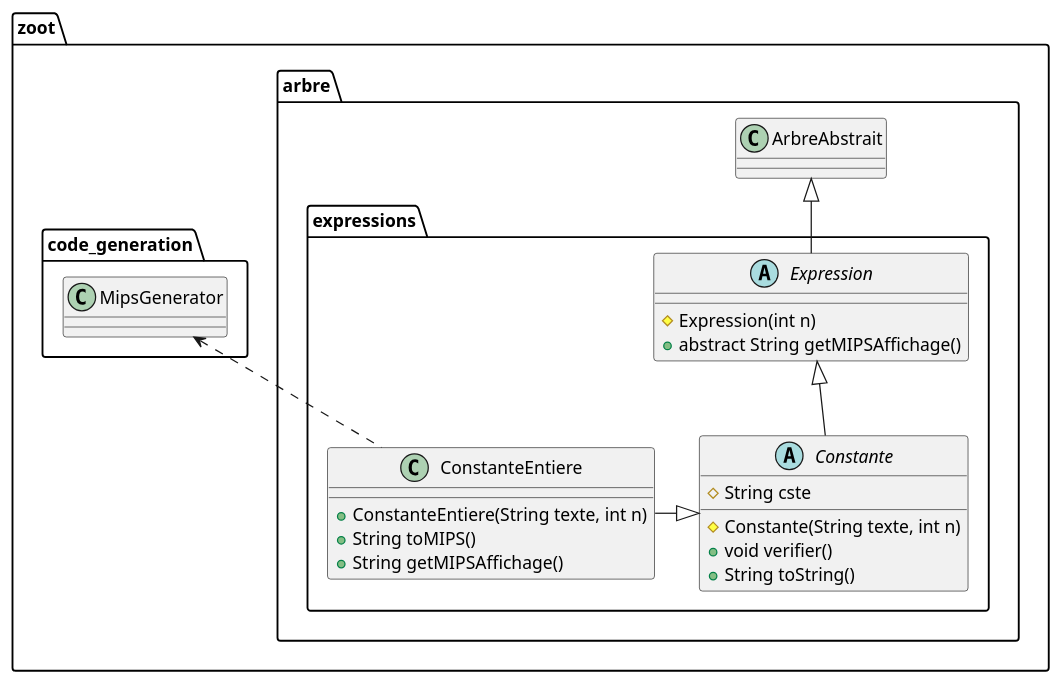
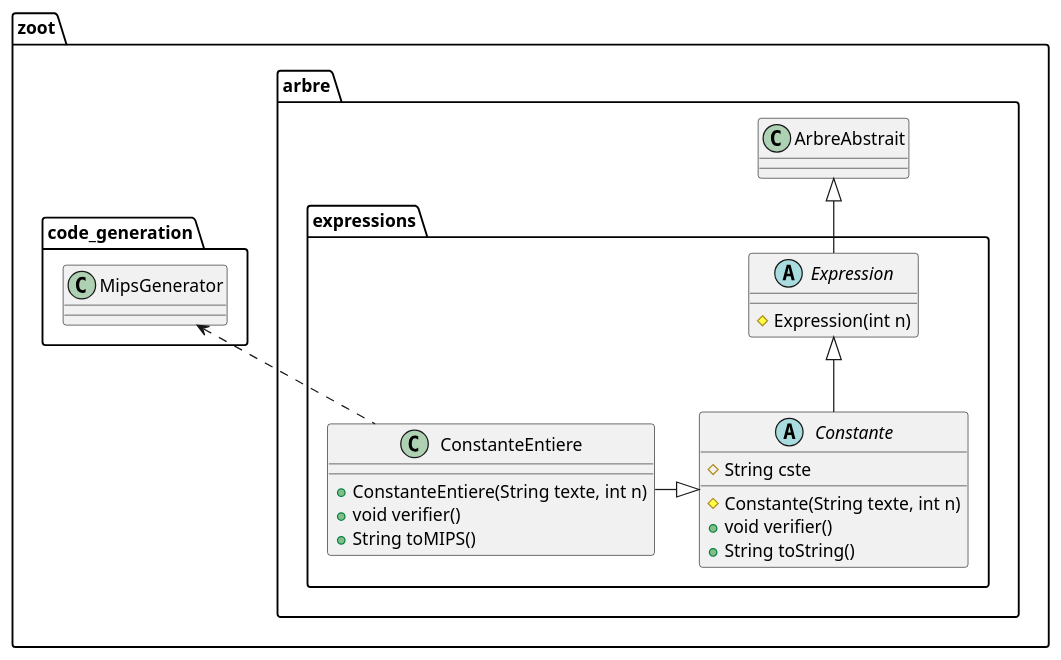
The diagram in diagrammes/classe/expressions.puml (lmtb06/zoot), drawn with PlantUML before and after one commit. The commit also changed 8 other files, not shown here.

```diff
--- a/diagrammes/classe/expressions.puml
+++ b/diagrammes/classe/expressions.puml
@@ -1,28 +1,27 @@
 @startuml "Package expressions"
 namespace zoot.arbre.expressions {
     ' Includes
     ' Classes
     abstract class Constante {
         # String cste
         # Constante(String texte, int n)
         + void verifier()
         + String toString()
     }
 
     class ConstanteEntiere {
         + ConstanteEntiere(String texte, int n)
+        + void verifier()
         + String toMIPS()
-        + String getMIPSAffichage()
     }
 
     abstract class Expression {
         # Expression(int n)
-        + abstract String getMIPSAffichage()
     }
     ' Relations entre les classes
     Constante -up-|> Expression
     ConstanteEntiere -right-|> Constante
     Expression -up-|> zoot.arbre.ArbreAbstrait
     ConstanteEntiere .up.> zoot.code_generation.MipsGenerator
 }
 @enduml
```
